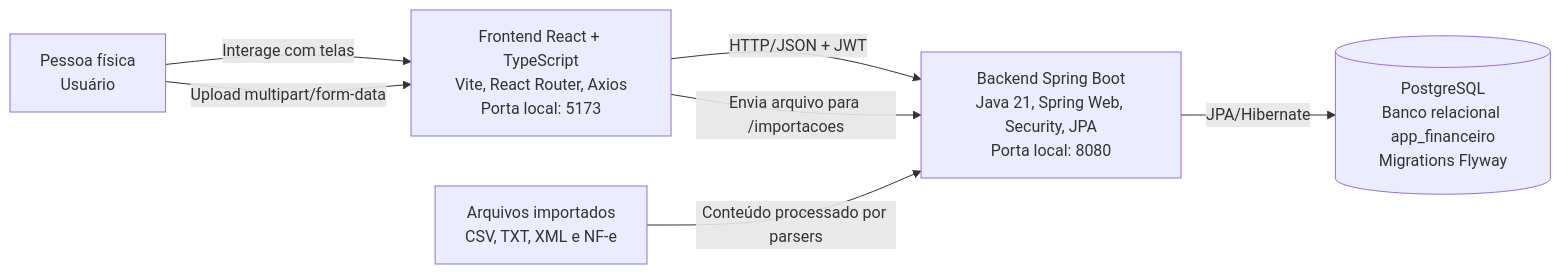
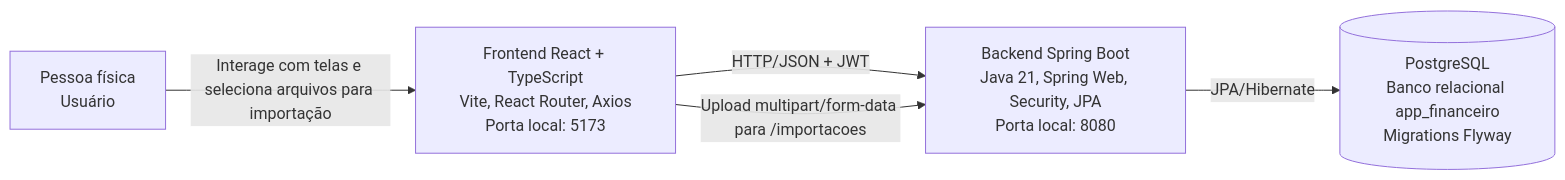
The second of 2 diagrams in docs/arquitetura.md (IFSC-ES2/projeto-app_financeiro), drawn with Mermaid before and after one commit. The commit also changed other lines of this file, not shown here.

Commit message:
docs: Ajustando os diagramas do arquitetura.md

````diff
--- a/docs/arquitetura.md
+++ b/docs/arquitetura.md
@@ -48,19 +37,15 @@
 ```mermaid
 flowchart LR
     usuario["Pessoa física\nUsuário"]
 
     frontend["Frontend React + TypeScript\nVite, React Router, Axios\nPorta local: 5173"]
 
     backend["Backend Spring Boot\nJava 21, Spring Web, Security, JPA\nPorta local: 8080"]
 
     banco[("PostgreSQL\nBanco relacional app_financeiro\nMigrations Flyway")]
 
-    arquivos["Arquivos importados\nCSV, TXT, XML e NF-e"]
-
-    usuario -->|Interage com telas| frontend
+    usuario -->|Interage com telas e seleciona arquivos para importação| frontend
     frontend -->|HTTP/JSON + JWT| backend
+    frontend -->|Upload multipart/form-data para /importacoes| backend
     backend -->|JPA/Hibernate| banco
-    usuario -->|Upload multipart/form-data| frontend
-    frontend -->|Envia arquivo para /importacoes| backend
-    arquivos -->|Conteúdo processado por parsers| backend
 ```
````
